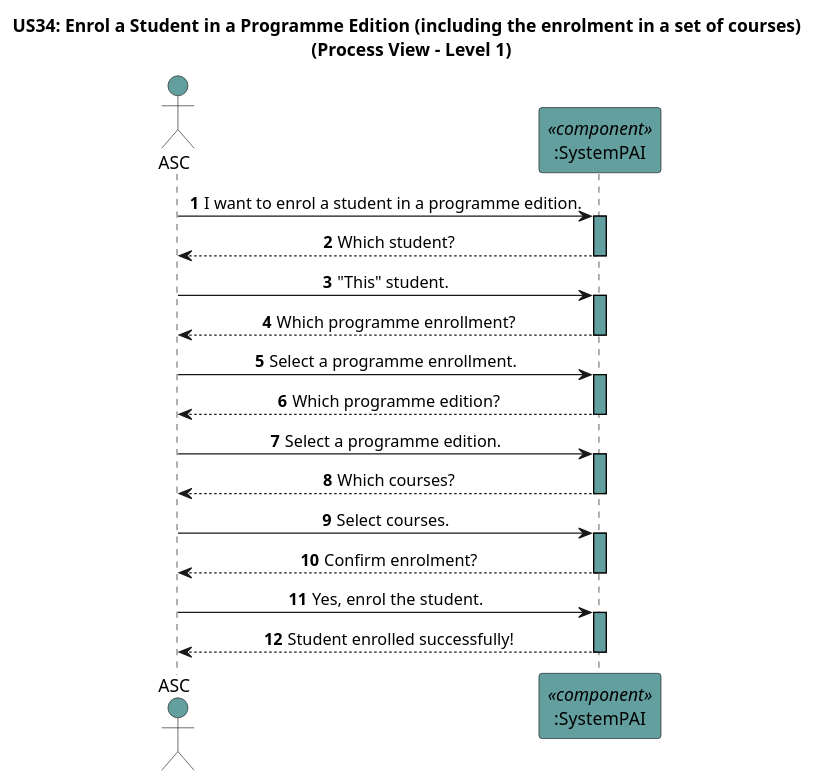
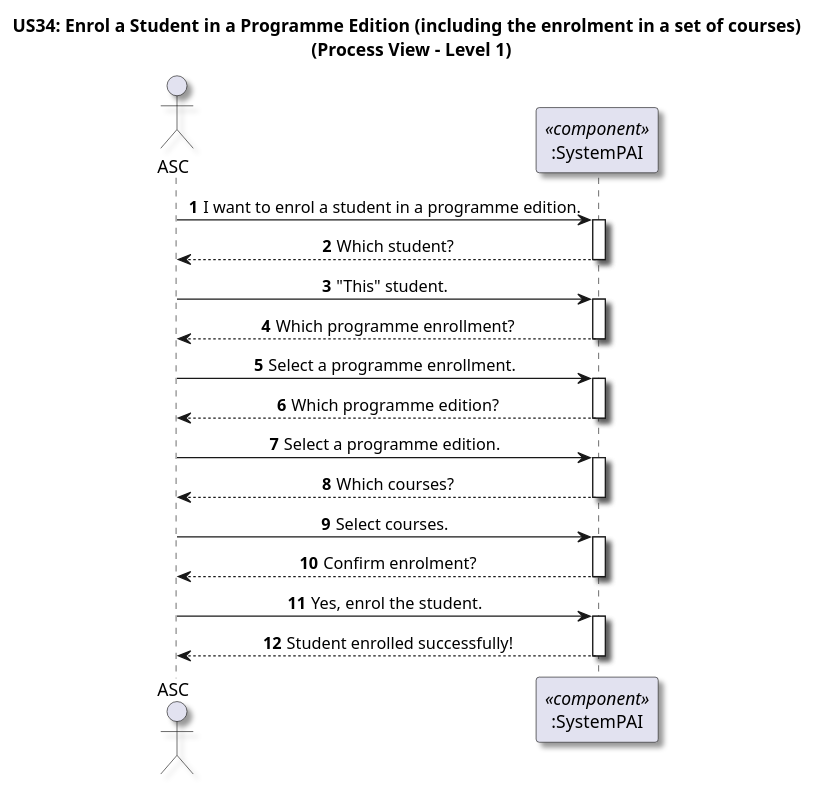
One commit to GasparISEP/DevOps-PAI changed the diagram in docs/US34/Sprint7/ProcessView/Level1.puml. Above: the diagram before and after it, drawn with PlantUML. The commit also changed 5 other files, not shown here.

Commit message:
REF #698 #646 Updated diagrams to be more visible

```diff
--- a/docs/US34/Sprint7/ProcessView/Level1.puml
+++ b/docs/US34/Sprint7/ProcessView/Level1.puml
@@ -1,38 +1,34 @@
 @startuml
+skinparam Shadowing true
 
 ' US34 - Enrol a Student in a Programme Edition (including the enrolment in a set of courses)
 ' Process View - Level 1 (C4 Level 1 Style)
 
 autonumber
 
-skinparam sequence {
-   LifelineBorderColor black
-   LifelineBackgroundColor 639f9f
-}
-
 skinparam DefaultTextAlignment center
 
 title US34: Enrol a Student in a Programme Edition (including the enrolment in a set of courses) \n (Process View - Level 1)
 
-actor ASC #639f9f
-participant ":SystemPAI" as System <<component>> #639f9f
+actor ASC
+participant ":SystemPAI" as System <<component>>
 
 ASC -> System ++: I want to enrol a student in a programme edition.
 System --> ASC--: Which student?
 ASC -> System++: "This" student.
 
 System --> ASC --: Which programme enrollment?
 
 ASC -> System ++: Select a programme enrollment.
 System --> ASC --: Which programme edition?
 ASC -> System ++: Select a programme edition.
 
 System --> ASC--: Which courses?
 ASC -> System++: Select courses.
 
 System --> ASC--: Confirm enrolment?
 ASC -> System ++: Yes, enrol the student.
 
 System --> ASC --: Student enrolled successfully!
 
 @enduml
```
